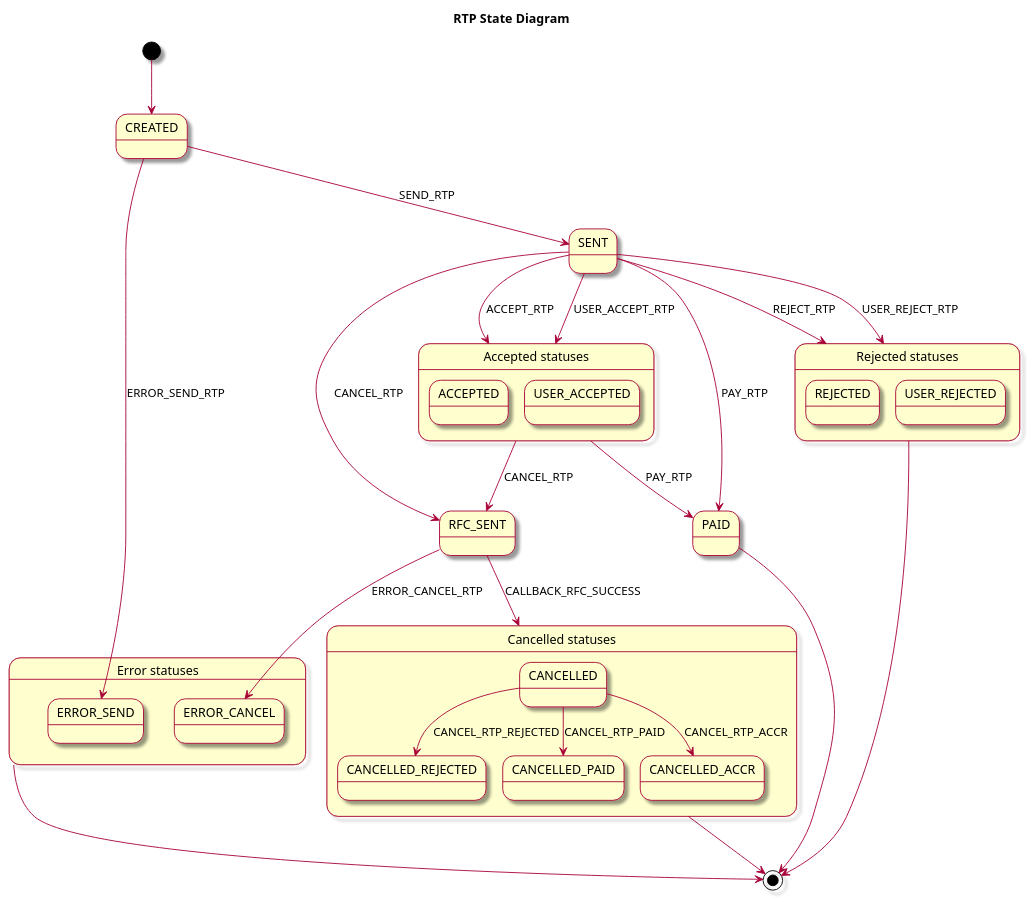
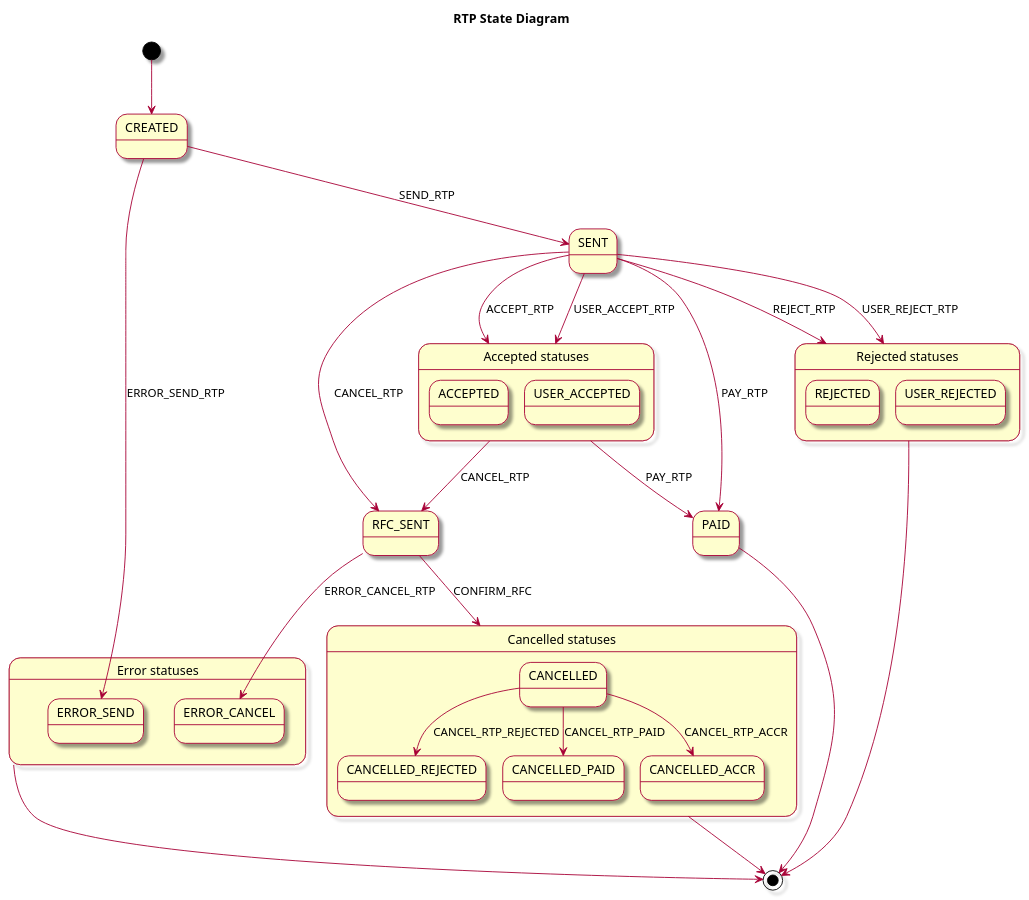
The diagram in diagrams/rtp-state-diagram.puml (pagopa/rtp-docs), drawn with PlantUML before and after one commit. The commit also changed 1 other file, not shown here.

Commit message:
[SRTP-1354] Updated RTP Diagrams

```diff
--- a/diagrams/rtp-state-diagram.puml
+++ b/diagrams/rtp-state-diagram.puml
@@ -1,61 +1,61 @@
 @startuml
 skin rose
 title RTP State Diagram
 
 state CREATED
 state SENT
 state RFC_SENT 
 
 state "Error statuses" as ES {
     state ERROR_SEND
     state ERROR_CANCEL
 }
 
 state "Accepted statuses" as AS {
     state ACCEPTED
     state USER_ACCEPTED
 }
 
 state "Rejected statuses" as RS {
     state REJECTED
     state USER_REJECTED
 }
 
 state "Cancelled statuses" as CS {
     state CANCELLED
     state CANCELLED_REJECTED
     state CANCELLED_PAID
     state CANCELLED_ACCR
 }
 
 [*] --> CREATED
 
 CREATED --> SENT : SEND_RTP
 CREATED --> ERROR_SEND : ERROR_SEND_RTP
 
 SENT --> AS : ACCEPT_RTP
 SENT --> RS : REJECT_RTP
 SENT --> AS : USER_ACCEPT_RTP
 SENT --> RS : USER_REJECT_RTP
 SENT --> PAID : PAY_RTP
 AS --> PAID : PAY_RTP
 
 ' Nuovo Flusso RFC
 SENT --> RFC_SENT : CANCEL_RTP
 AS --> RFC_SENT : CANCEL_RTP
 
 ' Gestione esiti da RFC_SENT
-RFC_SENT --> CS : CALLBACK_RFC_SUCCESS
+RFC_SENT --> CS : CONFIRM_RFC
 RFC_SENT --> ERROR_CANCEL : ERROR_CANCEL_RTP
 
 ' Sottostati di cancellazione
 CANCELLED --> CANCELLED_ACCR : CANCEL_RTP_ACCR
 CANCELLED --> CANCELLED_REJECTED : CANCEL_RTP_REJECTED
 CANCELLED --> CANCELLED_PAID : CANCEL_RTP_PAID
 
 PAID --> [*]
 RS --> [*]
 ES --> [*]
 CS --> [*]
 
 @enduml
```
